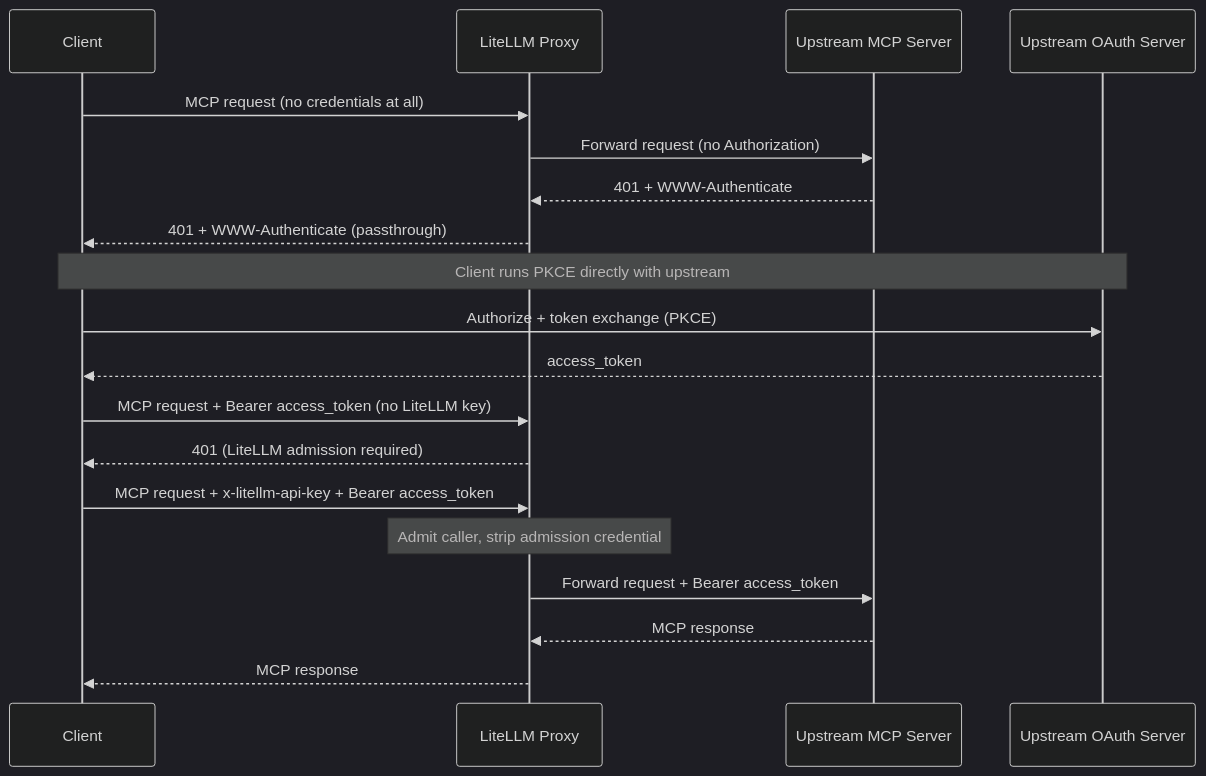
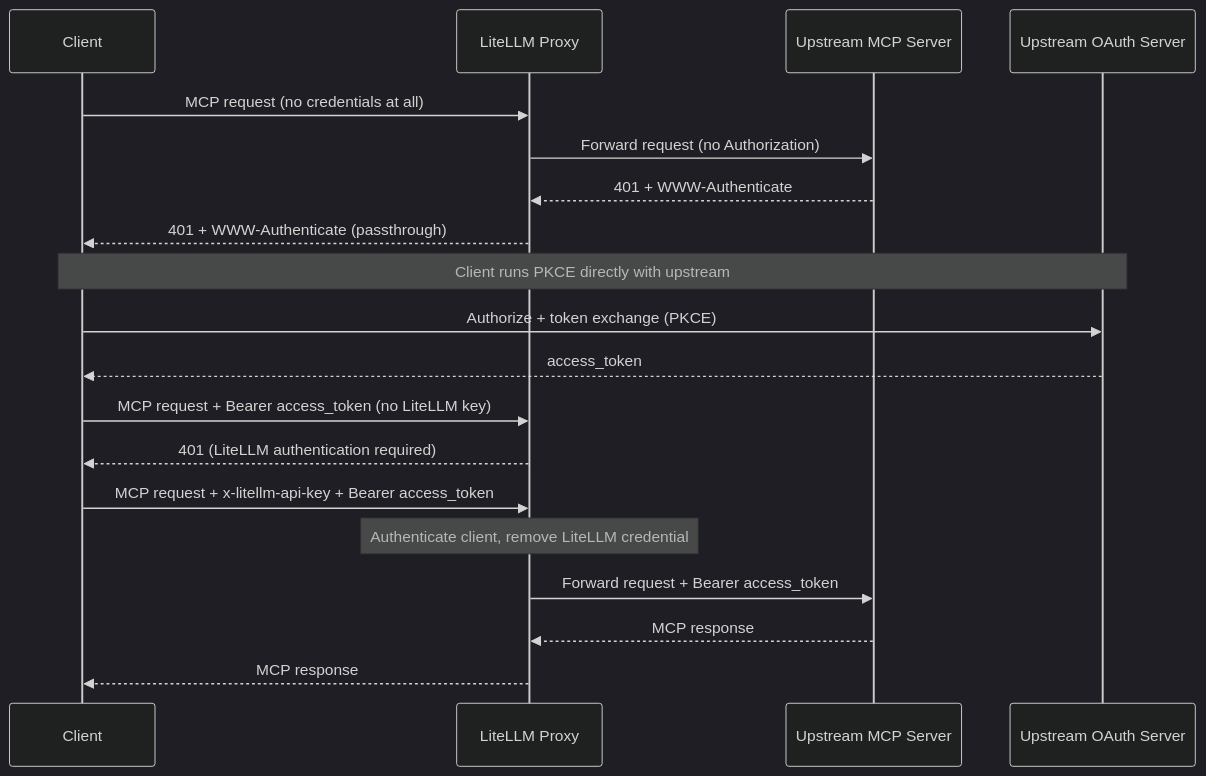
One commit to BerriAI/litellm-docs changed the fourth of 4 diagrams in docs/mcp_oauth_passthrough.md. Above: the diagram before and after it, drawn with Mermaid (dark theme). The commit also changed other lines of this file and 16 other files, not shown here.

````diff
--- a/docs/mcp_oauth_passthrough.md
+++ b/docs/mcp_oauth_passthrough.md
@@ -406,25 +411,25 @@
 ```mermaid
 sequenceDiagram
     participant Client
     participant LiteLLM as LiteLLM Proxy
     participant MCP as Upstream MCP Server
     participant Auth as Upstream OAuth Server
 
     Client->>LiteLLM: MCP request (no credentials at all)
     LiteLLM->>MCP: Forward request (no Authorization)
     MCP-->>LiteLLM: 401 + WWW-Authenticate
     LiteLLM-->>Client: 401 + WWW-Authenticate (passthrough)
 
     Note over Client,Auth: Client runs PKCE directly with upstream
     Client->>Auth: Authorize + token exchange (PKCE)
     Auth-->>Client: access_token
 
     Client->>LiteLLM: MCP request + Bearer access_token (no LiteLLM key)
-    LiteLLM-->>Client: 401 (LiteLLM admission required)
+    LiteLLM-->>Client: 401 (LiteLLM authentication required)
 
     Client->>LiteLLM: MCP request + x-litellm-api-key + Bearer access_token
-    Note over LiteLLM: Admit caller, strip admission credential
+    Note over LiteLLM: Authenticate client, remove LiteLLM credential
     LiteLLM->>MCP: Forward request + Bearer access_token
     MCP-->>LiteLLM: MCP response
     LiteLLM-->>Client: MCP response
 ```
````
